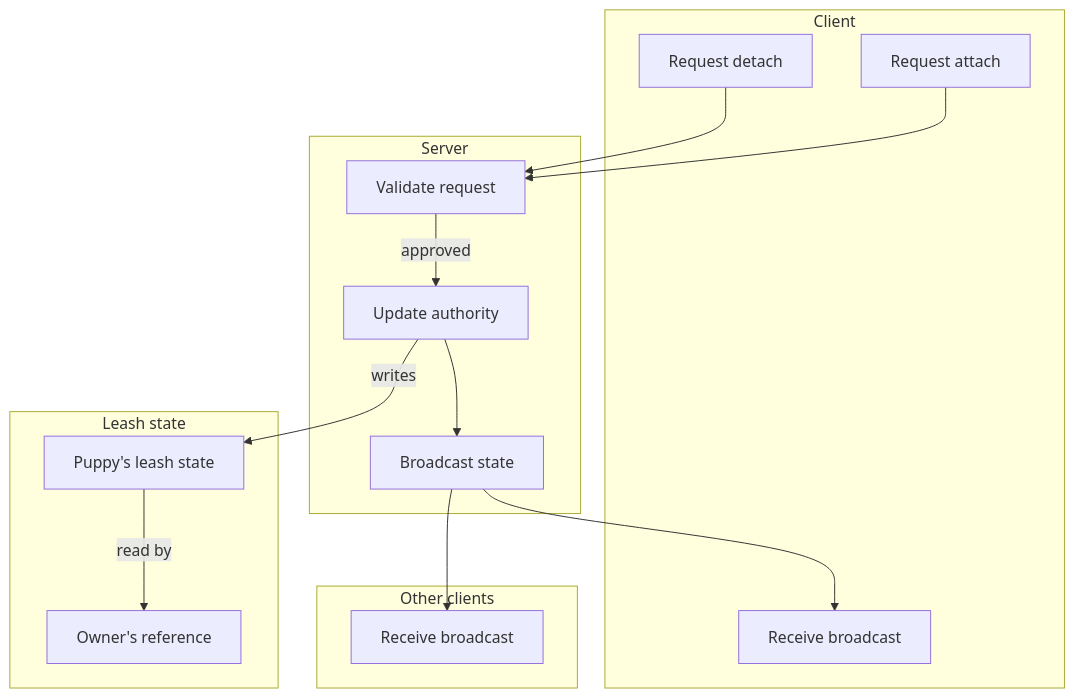
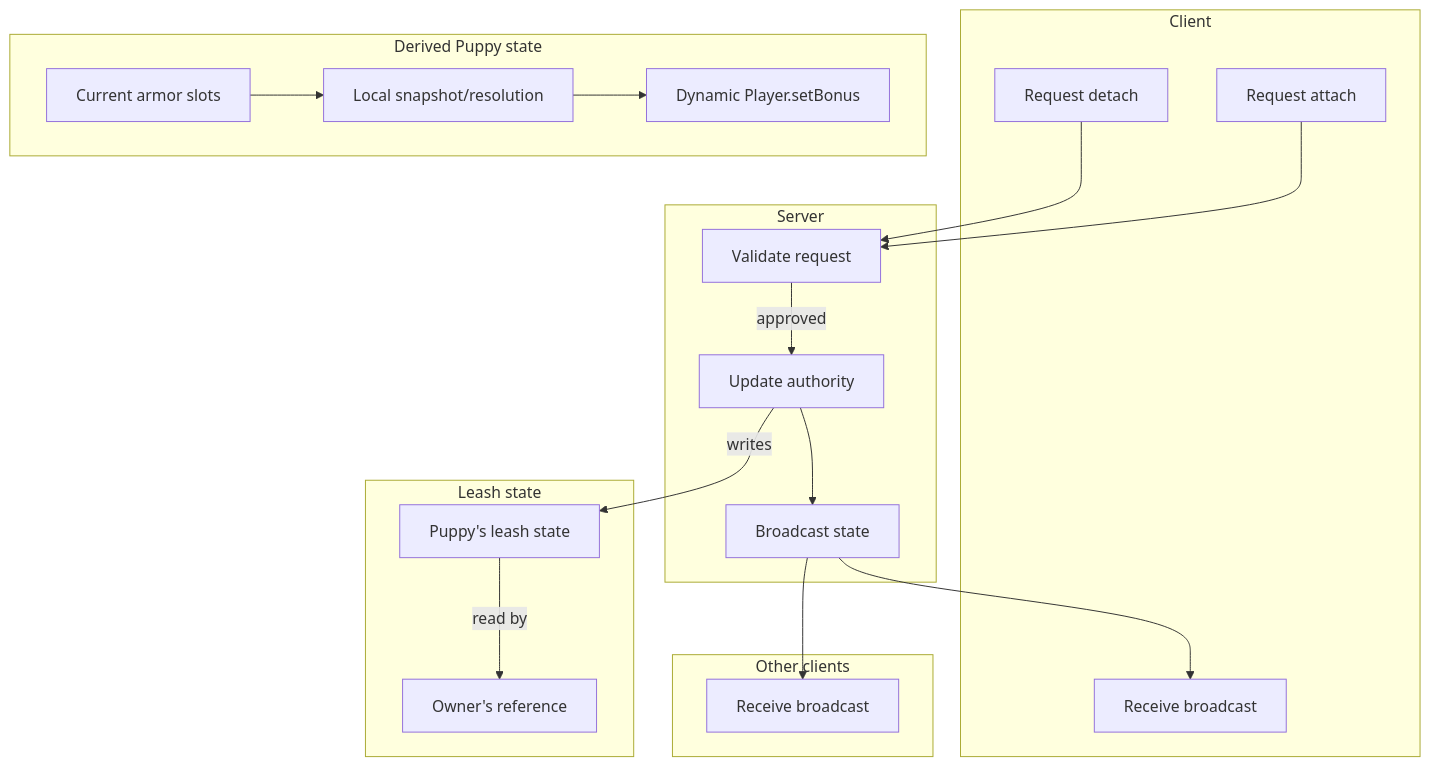
The diagram in docs/Network-Sync-Model.md (POLA-LCS/PolasPuppyMod), drawn with Mermaid before and after one commit. The commit also changed other lines of this file and 7 other files, not shown here.

Commit message:
docs: update puppy set architecture and behavior

````diff
--- a/docs/Network-Sync-Model.md
+++ b/docs/Network-Sync-Model.md
@@ -7,32 +7,40 @@
 ```mermaid
 flowchart TB
     subgraph Client[Client]
         ReqAttach[Request attach]
         ReqDetach[Request detach]
         Recv[Receive broadcast]
     end
 
     subgraph Server[Server]
         Validate[Validate request]
         Authority[Update authority]
         Broadcast[Broadcast state]
     end
 
     subgraph OtherClients[Other clients]
         Recv2[Receive broadcast]
     end
 
     subgraph State[Leash state]
         PuppyState[Puppy's leash state]
         OwnerState[Owner's reference]
     end
 
+    subgraph Equipment[Derived Puppy state]
+        Armor[Current armor slots]
+        Resolution[Local snapshot/resolution]
+        SetText[Dynamic Player.setBonus]
+    end
+
     ReqAttach --> Validate
     ReqDetach --> Validate
     Validate -- "approved" --> Authority
     Authority --> Broadcast
     Broadcast --> Recv
     Broadcast --> Recv2
     Authority -- "writes" --> PuppyState
     PuppyState -- "read by" --> OwnerState
+    Armor --> Resolution
+    Resolution --> SetText
 ```
````
